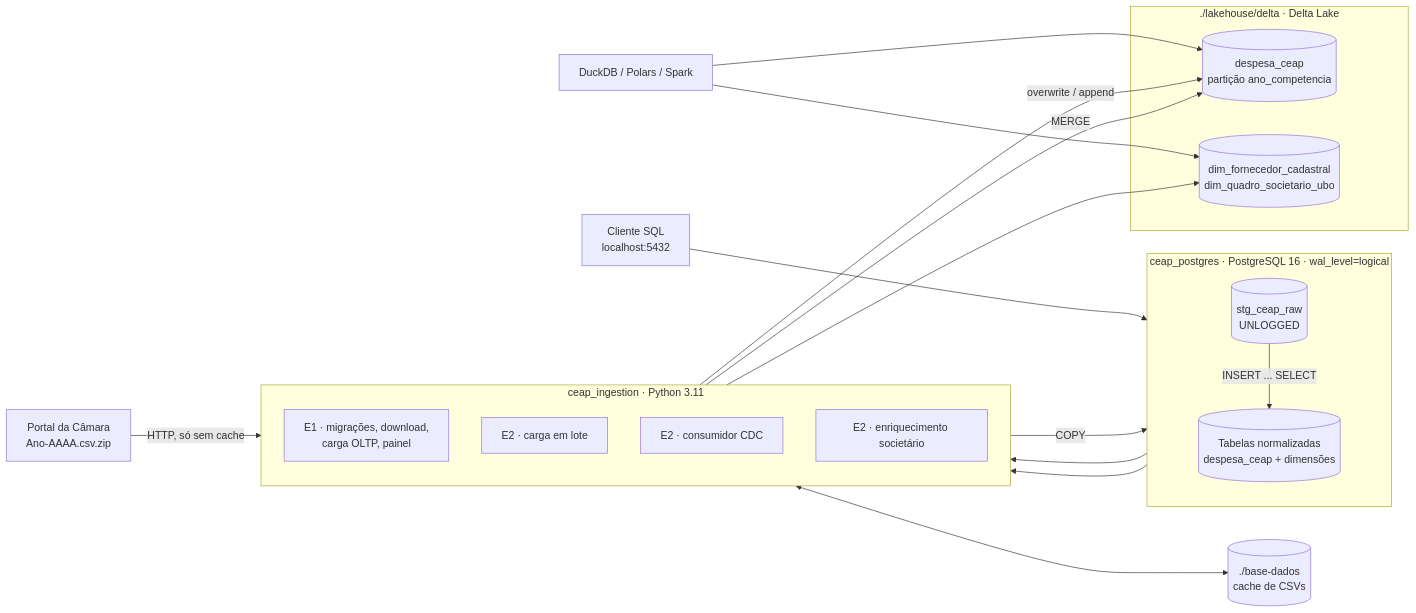
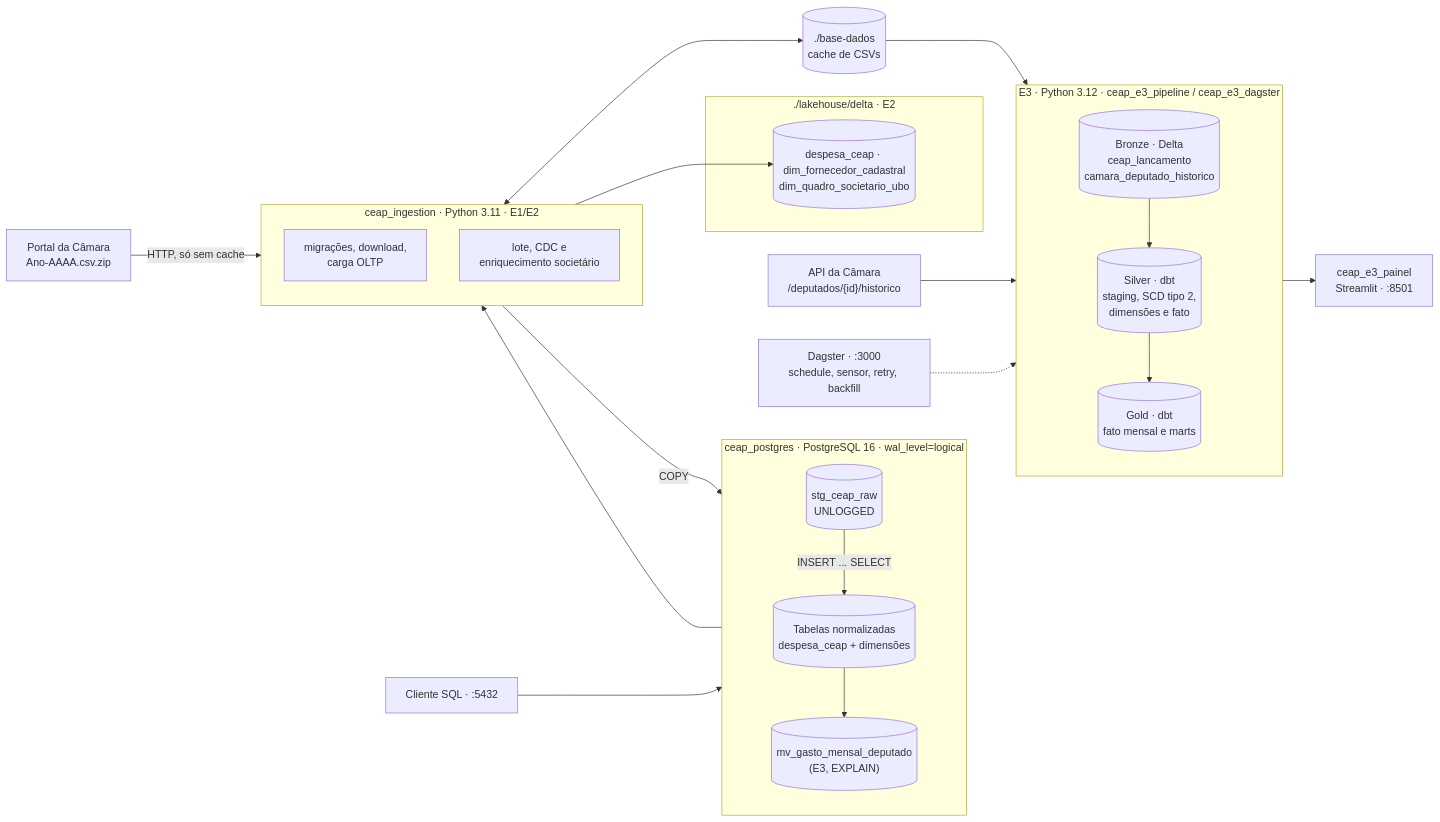
Before and after one commit to taybalau/sbd2-g8-ceap: the diagram in docs/arquitetura.md, drawn with Mermaid. The commit also changed other lines of this file and 1 other file, not shown here.

````diff
--- a/docs/arquitetura.md
+++ b/docs/arquitetura.md
@@ -14,34 +35,42 @@
 ```mermaid
 flowchart LR
     camara["Portal da Câmara<br/>Ano-AAAA.csv.zip"]
+    api["API da Câmara<br/>/deputados/{id}/historico"]
     cache[("./base-dados<br/>cache de CSVs")]
 
     subgraph db["ceap_postgres · PostgreSQL 16 · wal_level=logical"]
         direction TB
         stg[("stg_ceap_raw<br/>UNLOGGED")]
         oltp[("Tabelas normalizadas<br/>despesa_ceap + dimensões")]
-        stg -- "INSERT ... SELECT" --> oltp
+        mv[("mv_gasto_mensal_deputado<br/>(E3, EXPLAIN)")]
+        stg -- "INSERT ... SELECT" --> oltp --> mv
     end
 
-    subgraph ing["ceap_ingestion · Python 3.11"]
+    subgraph ing["ceap_ingestion · Python 3.11 · E1/E2"]
         direction TB
-        e1["E1 · migrações, download,<br/>carga OLTP, painel"]
-        e2b["E2 · carga em lote"]
-        e2c["E2 · consumidor CDC"]
-        e2e["E2 · enriquecimento societário"]
+        e1["migrações, download,<br/>carga OLTP"]
+        e2["lote, CDC e<br/>enriquecimento societário"]
     end
 
-    subgraph lake["./lakehouse/delta · Delta Lake"]
-        fato[("despesa_ceap<br/>partição ano_competencia")]
-        dims[("dim_fornecedor_cadastral<br/>dim_quadro_societario_ubo")]
+    subgraph lake2["./lakehouse/delta · E2"]
+        fato2[("despesa_ceap · dim_fornecedor_cadastral<br/>dim_quadro_societario_ubo")]
+    end
+
+    subgraph e3["E3 · Python 3.12 · ceap_e3_pipeline / ceap_e3_dagster"]
+        direction TB
+        bronze[("Bronze · Delta<br/>ceap_lancamento<br/>camara_deputado_historico")]
+        silver[("Silver · dbt<br/>staging, SCD tipo 2,<br/>dimensões e fato")]
+        gold[("Gold · dbt<br/>fato mensal e marts")]
+        bronze --> silver --> gold
     end
 
     camara -- "HTTP, só sem cache" --> e1
     e1 <--> cache
     e1 -- "COPY" --> stg
-    oltp --> e2b -- "overwrite / append" --> fato
-    oltp --> e2c -- "MERGE" --> fato
-    e2e --> dims
-    duck["DuckDB / Polars / Spark"] --> fato & dims
-    user["Cliente SQL<br/>localhost:5432"] --> oltp
+    oltp --> e2 --> fato2
+    cache --> bronze
+    api --> bronze
+    gold --> painel["ceap_e3_painel<br/>Streamlit · :8501"]
+    dagster["Dagster · :3000<br/>schedule, sensor, retry, backfill"] -.-> e3
+    user["Cliente SQL · :5432"] --> oltp
 ```
````
